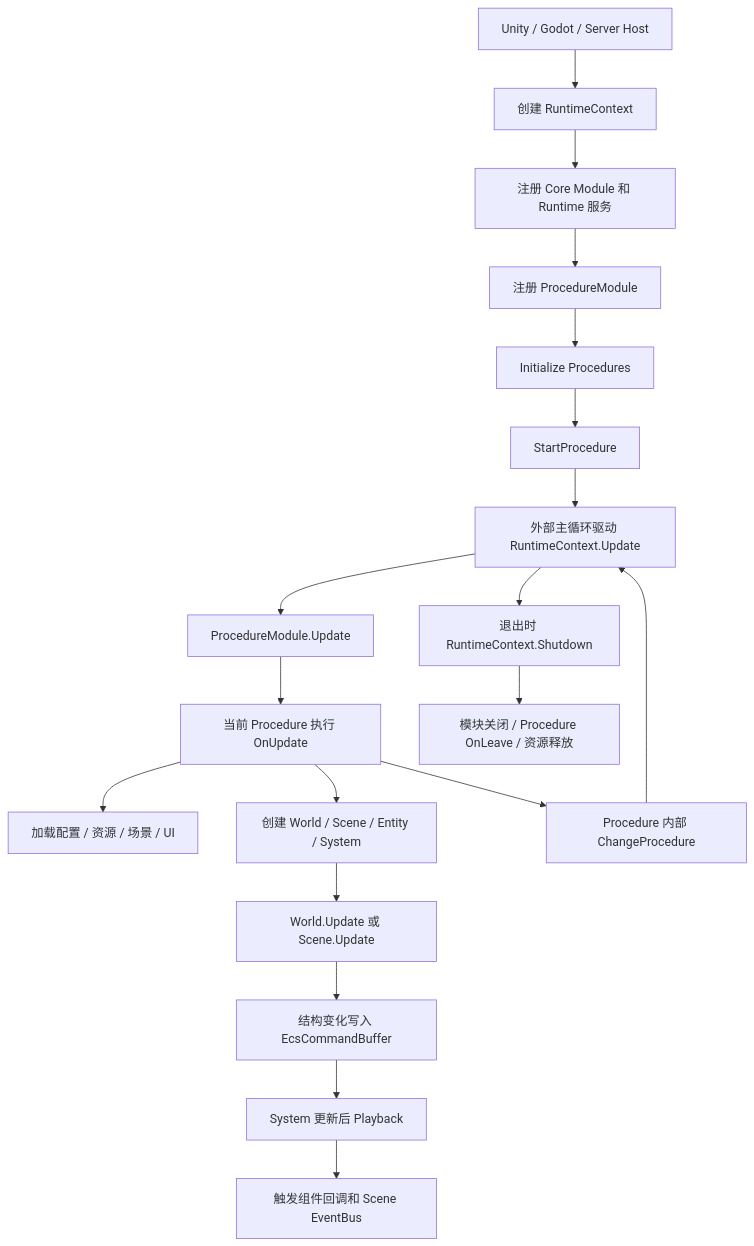
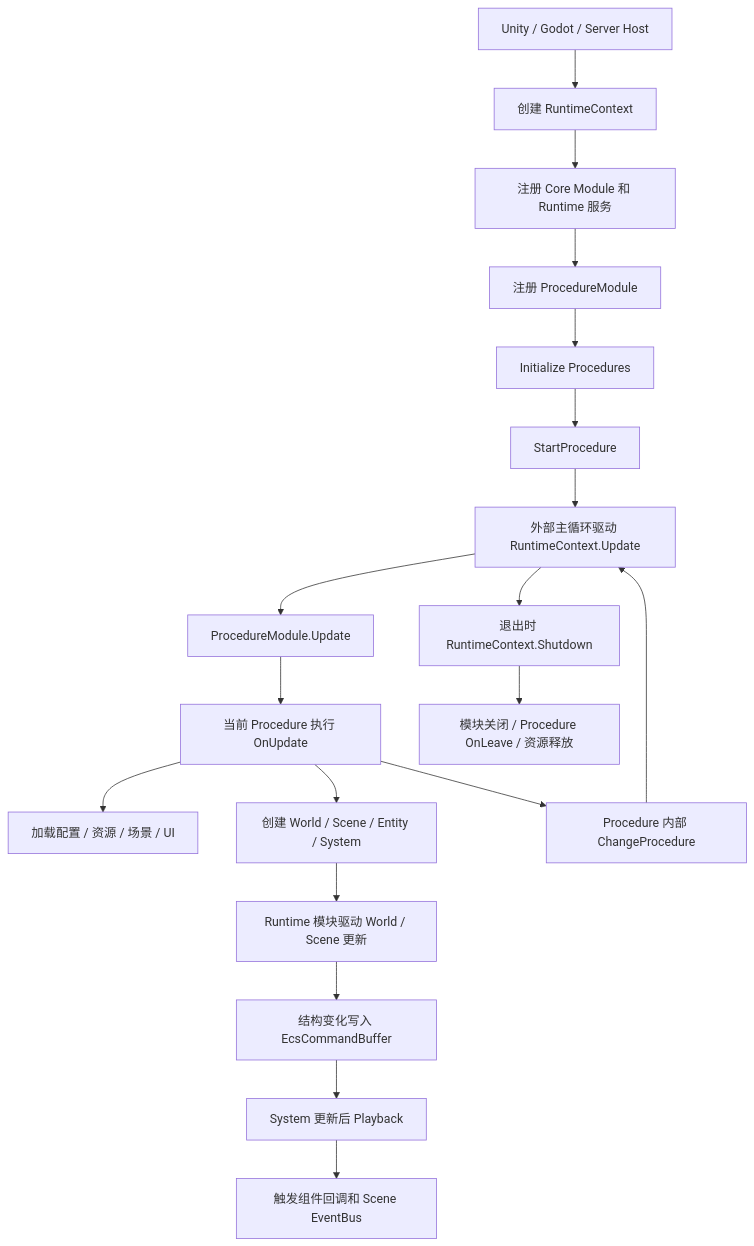
Before and after one commit to wqaetly/NKGGameFramework: the second of 2 diagrams in README.md, drawn with Mermaid. The commit also changed other lines of this file and 15 other files, not shown here.

````diff
--- a/README.md
+++ b/README.md
@@ -50,24 +50,24 @@
 ```mermaid
 flowchart TD
     Host["Unity / Godot / Server Host"] --> CreateContext["创建 RuntimeContext"]
     CreateContext --> RegisterServices["注册 Core Module 和 Runtime 服务"]
     RegisterServices --> RegisterProcedure["注册 ProcedureModule"]
     RegisterProcedure --> InitProcedure["Initialize Procedures"]
     InitProcedure --> StartBoot["StartProcedure<BootProcedure>"]
 
     StartBoot --> MainLoop["外部主循环驱动 RuntimeContext.Update"]
     MainLoop --> ProcedureUpdate["ProcedureModule.Update"]
     ProcedureUpdate --> CurrentProcedure["当前 Procedure 执行 OnUpdate"]
 
     CurrentProcedure --> RuntimeWork["加载配置 / 资源 / 场景 / UI"]
     CurrentProcedure --> EcsWork["创建 World / Scene / Entity / System"]
-    EcsWork --> SceneUpdate["World.Update 或 Scene.Update"]
+    EcsWork --> SceneUpdate["Runtime 模块驱动 World / Scene 更新"]
     SceneUpdate --> CommandBuffer["结构变化写入 EcsCommandBuffer"]
     CommandBuffer --> Playback["System 更新后 Playback"]
     Playback --> ComponentEvents["触发组件回调和 Scene EventBus"]
 
     CurrentProcedure --> ChangeProcedure["Procedure 内部 ChangeProcedure"]
     ChangeProcedure --> MainLoop
     MainLoop --> Shutdown["退出时 RuntimeContext.Shutdown"]
     Shutdown --> Dispose["模块关闭 / Procedure OnLeave / 资源释放"]
 ```
````
